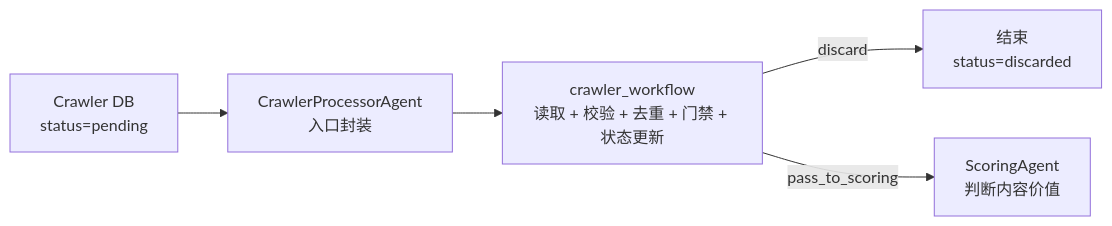
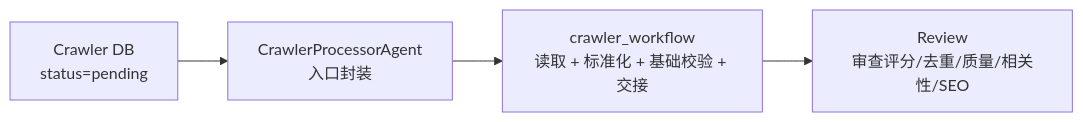
Before and after one commit to flyingsnowzz/Multi-Agent-Automatic-Operation-Website: the diagram in 14-CrawlerAgent说明.md, drawn with Mermaid. The commit also changed other lines of this file and 15 other files, not shown here.

````diff
--- a/14-CrawlerAgent说明.md
+++ b/14-CrawlerAgent说明.md
@@ -18,7 +16,6 @@
 ```mermaid
 flowchart LR
     CRAWLER_DB["Crawler DB<br/>status=pending"] --> CRAWLER["CrawlerProcessorAgent<br/>入口封装"]
-    CRAWLER --> WF["crawler_workflow<br/>读取 + 校验 + 去重 + 门禁 + 状态更新"]
-    WF -->|discard| END["结束<br/>status=discarded"]
-    WF -->|pass_to_scoring| SCORE["ScoringAgent<br/>判断内容价值"]
+    CRAWLER --> WF["crawler_workflow<br/>读取 + 标准化 + 基础校验 + 交接"]
+    WF --> REVIEW["Review<br/>审查评分/去重/质量/相关性/SEO"]
 ```
````
